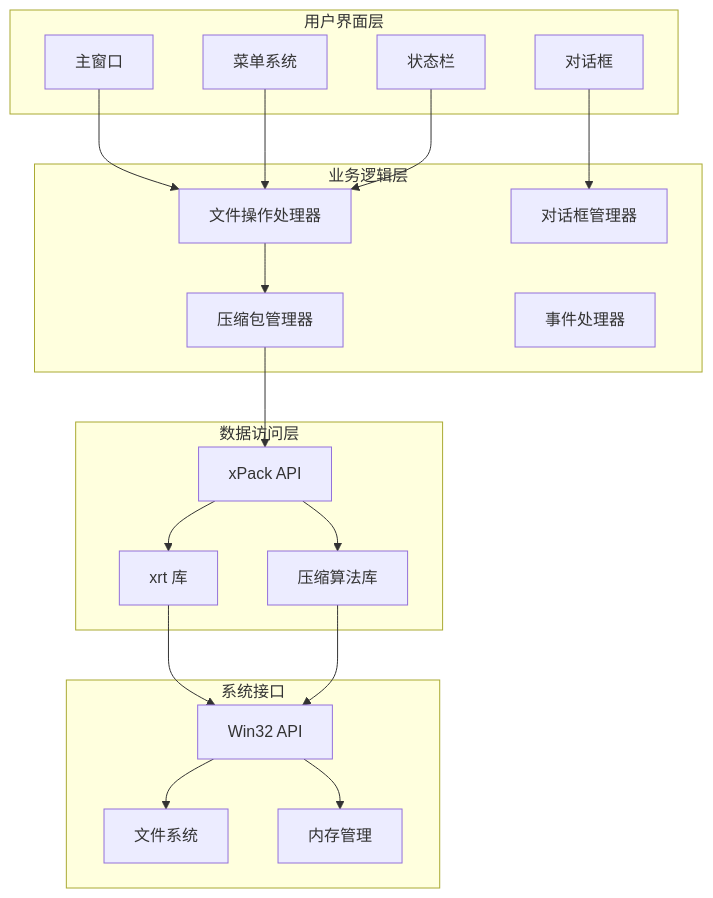
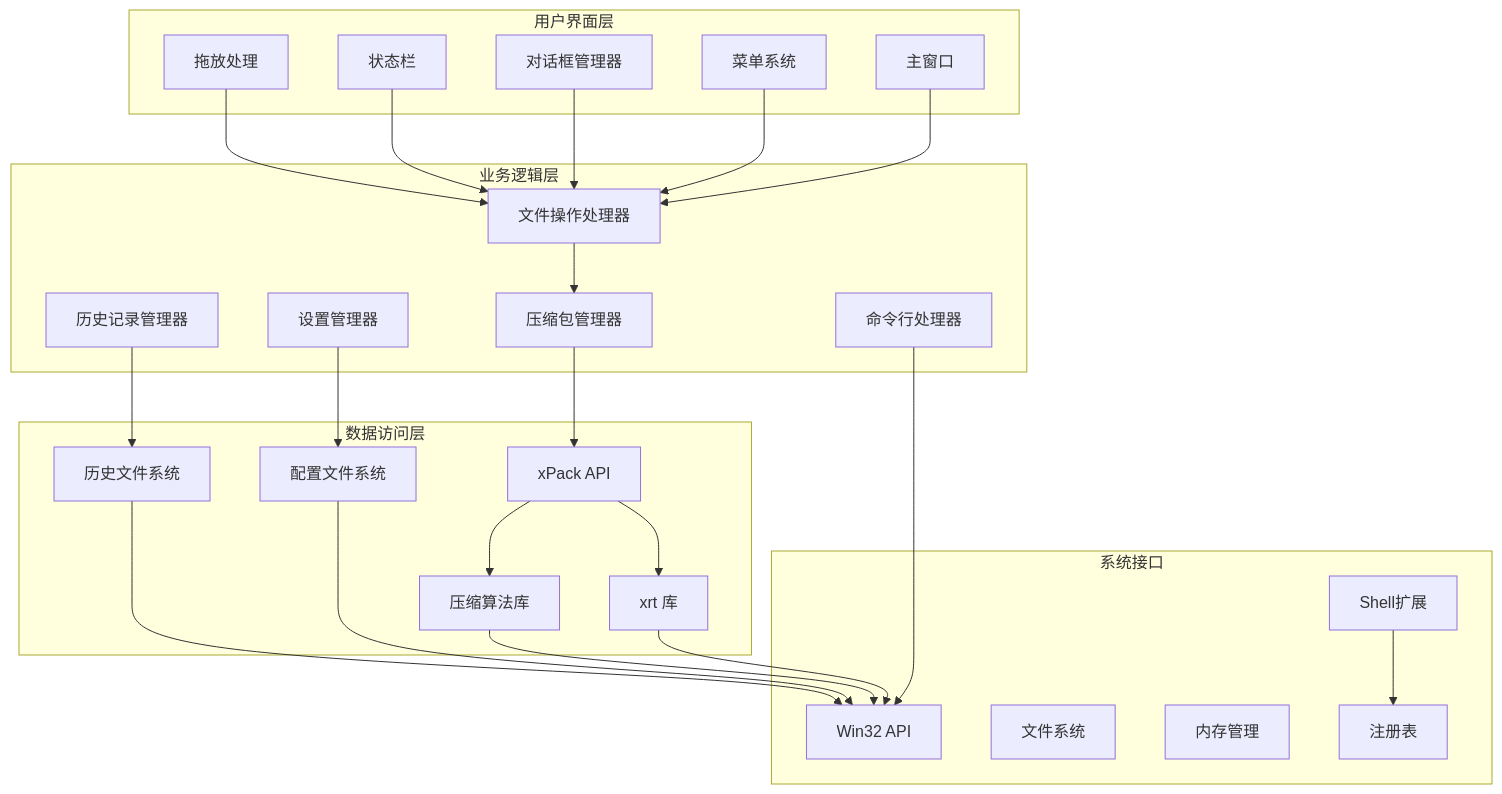
One commit to xywhsoft/xpack changed the second of 12 diagrams in .qoder/repowiki/zh/content/开发者指南/xpkgui 图形界面工具.md. Above: the diagram before and after it, drawn with Mermaid. The commit also changed other lines of this file and 42 other files, not shown here.

````diff
--- a/.qoder/repowiki/zh/content/开发者指南/xpkgui 图形界面工具.md
+++ b/.qoder/repowiki/zh/content/开发者指南/xpkgui 图形界面工具.md
@@ -109,37 +151,48 @@
 ```mermaid
 graph TB
 subgraph "用户界面层"
 A[主窗口]
 B[菜单系统]
-C[对话框]
+C[对话框管理器]
 D[状态栏]
+E[拖放处理]
 end
 subgraph "业务逻辑层"
-E[文件操作处理器]
-F[压缩包管理器]
-G[对话框管理器]
-H[事件处理器]
+F[文件操作处理器]
+G[压缩包管理器]
+H[设置管理器]
+I[历史记录管理器]
+J[命令行处理器]
 end
 subgraph "数据访问层"
-I[xPack API]
-J[xrt 库]
-K[压缩算法库]
+K[xPack API]
+L[xrt 库]
+M[压缩算法库]
+N[配置文件系统]
+O[历史文件系统]
 end
 subgraph "系统接口"
-L[Win32 API]
-M[文件系统]
-N[内存管理]
+P[Win32 API]
+Q[文件系统]
+R[内存管理]
+S[Shell扩展]
+T[注册表]
 end
-A --> E
-B --> E
-C --> G
-D --> E
+A --> F
+B --> F
+C --> F
+D --> F
 E --> F
-F --> I
-I --> J
-I --> K
-J --> L
+F --> G
+G --> K
 K --> L
-L --> M
-L --> N
+K --> M
+H --> N
+I --> O
+J --> P
+S --> T
+L --> P
+M --> P
+N --> P
+O --> P
 ```
````
